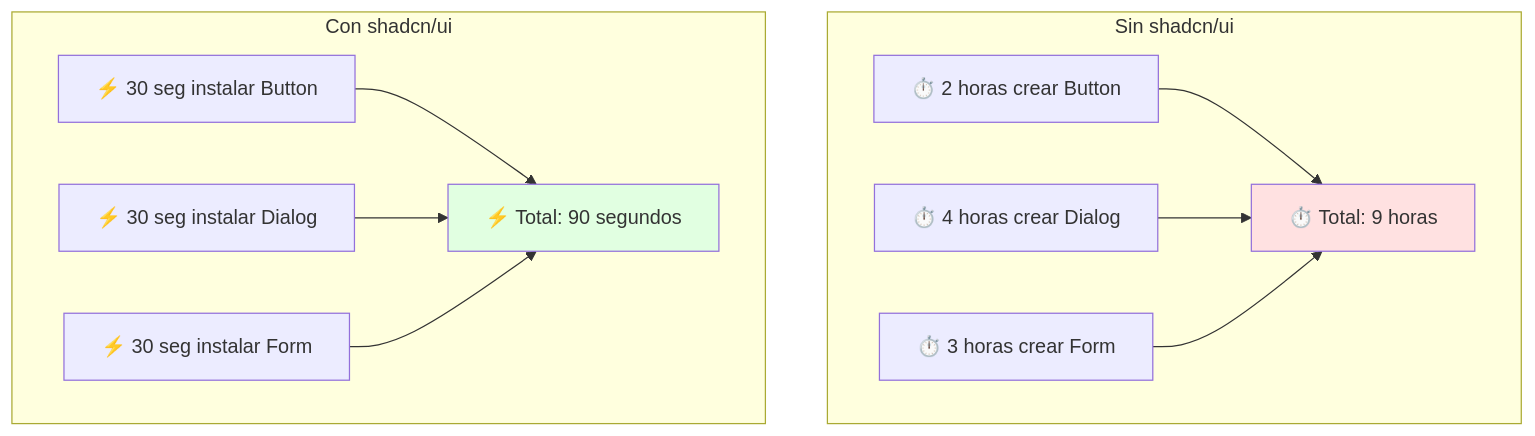
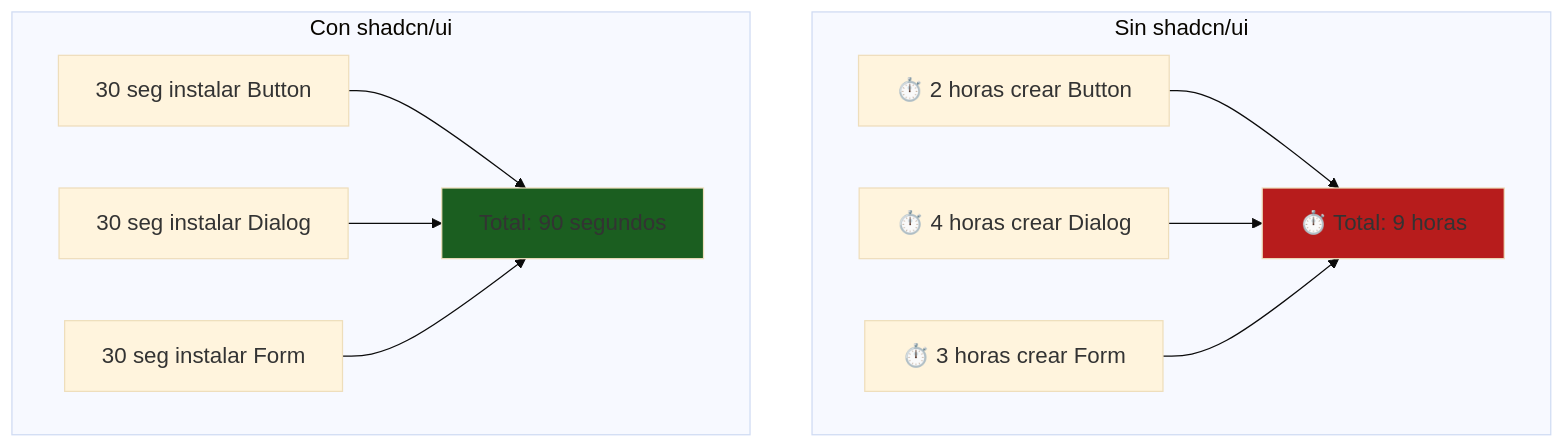
Before and after one commit to Ai-Whisperers/Courses-Content: the sixth of 12 diagrams in courses/🟡-development/FPUNA-2026/01-DESARROLLO-SOFTWARE/especializaciones/web-development/04-diseno-ui-ux.md, drawn with Mermaid. The commit also changed other lines of this file and 47 other files, not shown here.

First line of the commit message:
fix: Make all 473 diagrams WCAG AAA accessible (FPUNA-2026)

````diff
--- a/courses/🟡-development/FPUNA-2026/01-DESARROLLO-SOFTWARE/especializaciones/web-development/04-diseno-ui-ux.md
+++ b/courses/🟡-development/FPUNA-2026/01-DESARROLLO-SOFTWARE/especializaciones/web-development/04-diseno-ui-ux.md
@@ -471,27 +476,28 @@
 ```mermaid
+%%{init: {'theme':'base', 'themeVariables': {'fontSize':'18px'}}}%%
 graph TD
     subgraph "Sin shadcn/ui"
         A1[⏱️ 2 horas crear Button]
         A2[⏱️ 4 horas crear Dialog]
         A3[⏱️ 3 horas crear Form]
         A4[⏱️ Total: 9 horas]
         
         A1 --> A4
         A2 --> A4
         A3 --> A4
     end
     
     subgraph "Con shadcn/ui"
-        B1[⚡ 30 seg instalar Button]
-        B2[⚡ 30 seg instalar Dialog]
-        B3[⚡ 30 seg instalar Form]
-        B4[⚡ Total: 90 segundos]
+        B1[30 seg instalar Button]
+        B2[30 seg instalar Dialog]
+        B3[30 seg instalar Form]
+        B4[Total: 90 segundos]
         
         B1 --> B4
         B2 --> B4
         B3 --> B4
     end
     
-    style A4 fill:#FFE1E1
-    style B4 fill:#E1FFE1
+    style A4 fill:#b71c1c
+    style B4 fill:#1b5e20
 ```
````
